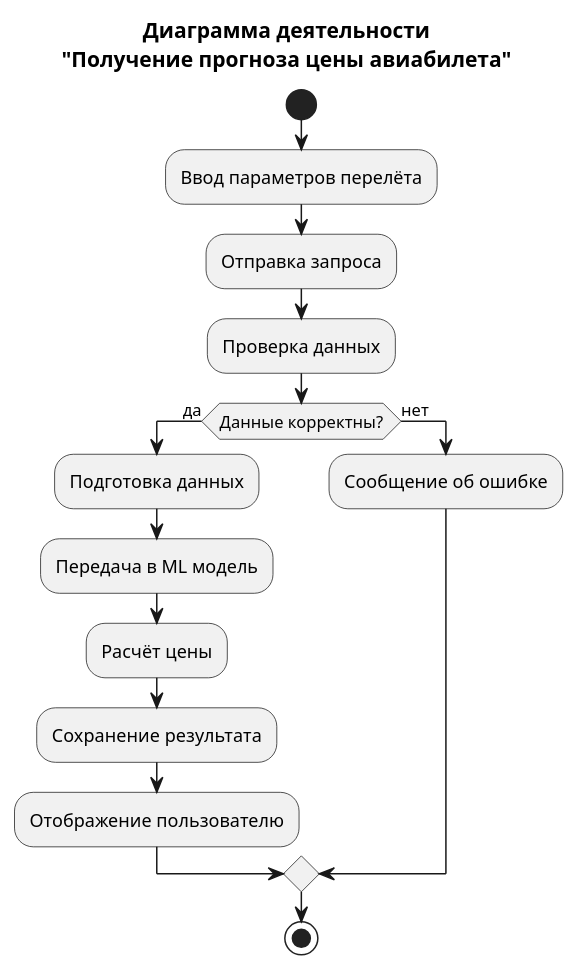
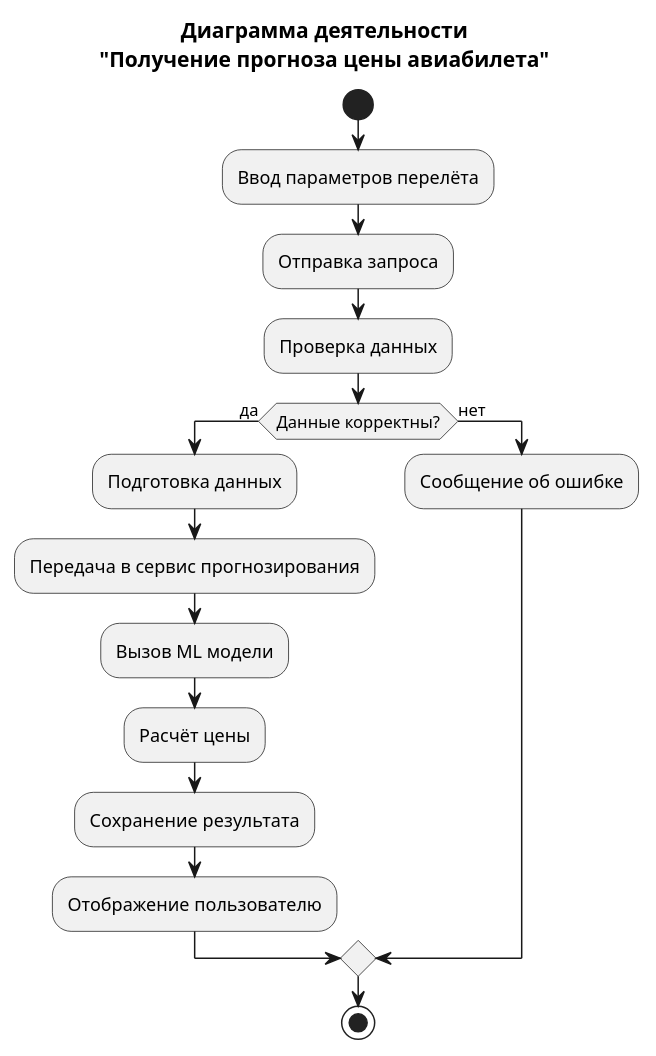
Before and after one commit to Mytyai/4-course: the diagram in spec-langs-8/lab2/code/activity.puml, drawn with PlantUML. The commit also changed 10 other files, not shown here.

```diff
--- a/spec-langs-8/lab2/code/activity.puml
+++ b/spec-langs-8/lab2/code/activity.puml
@@ -1,25 +1,25 @@
 @startuml
 title Диаграмма деятельности\n"Получение прогноза цены авиабилета"
 
 start
 
 :Ввод параметров перелёта;
-
 :Отправка запроса;
 
 :Проверка данных;
 if (Данные корректны?) then (да)
 
   :Подготовка данных;
-  :Передача в ML модель;
+  :Передача в сервис прогнозирования;
+  :Вызов ML модели;
   :Расчёт цены;
 
   :Сохранение результата;
   :Отображение пользователю;
 
 else (нет)
   :Сообщение об ошибке;
 endif
 
 stop
 @enduml
```
